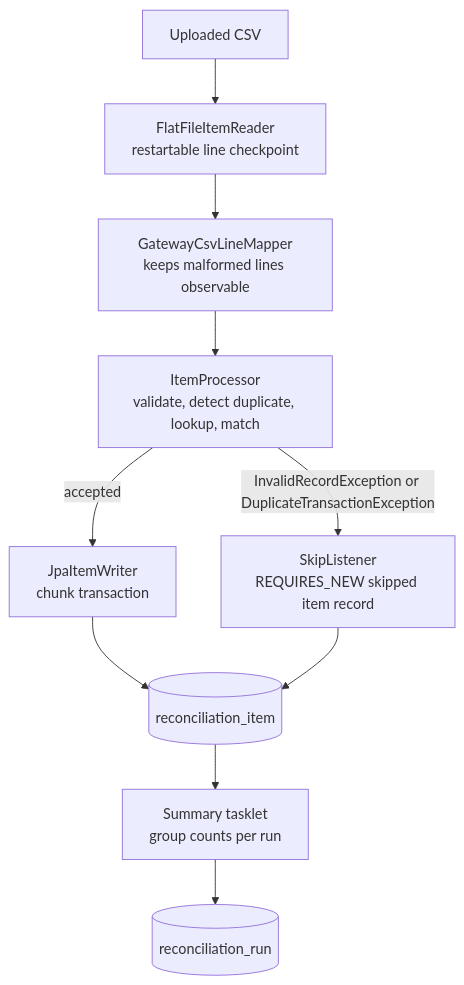
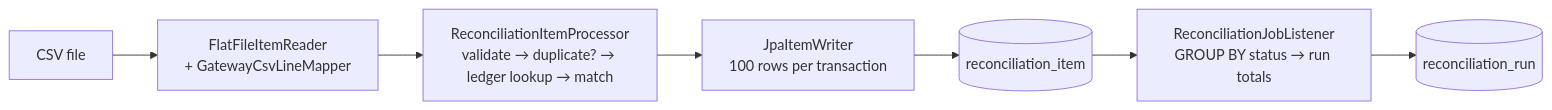
The third of 4 diagrams in docs/ARCHITECTURE.md (YashwardhanV/Balance-Trail), drawn with Mermaid before and after one commit. The commit also changed other lines of this file and 13 other files, not shown here.

````diff
--- a/docs/ARCHITECTURE.md
+++ b/docs/ARCHITECTURE.md
@@ -67,12 +63,9 @@
 ```mermaid
-flowchart TB
-    CSV["Uploaded CSV"] --> Reader["FlatFileItemReader\nrestartable line checkpoint"]
-    Reader --> Mapper["GatewayCsvLineMapper\nkeeps malformed lines observable"]
-    Mapper --> Processor["ItemProcessor\nvalidate, detect duplicate, lookup, match"]
-    Processor -->|"accepted"| Writer["JpaItemWriter\nchunk transaction"]
-    Processor -->|"InvalidRecordException or DuplicateTransactionException"| Skip["SkipListener\nREQUIRES_NEW skipped item record"]
+flowchart LR
+    CSV["CSV file"] --> Reader["FlatFileItemReader\n+ GatewayCsvLineMapper"]
+    Reader --> Processor["ReconciliationItemProcessor\nvalidate → duplicate? → ledger lookup → match"]
+    Processor --> Writer["JpaItemWriter\n100 rows per transaction"]
     Writer --> Items[("reconciliation_item")]
-    Skip --> Items
-    Items --> Summary["Summary tasklet\ngroup counts per run"]
-    Summary --> Run[("reconciliation_run")]
+    Items --> Listener["ReconciliationJobListener\nGROUP BY status → run totals"]
+    Listener --> Run[("reconciliation_run")]
 ```
````
